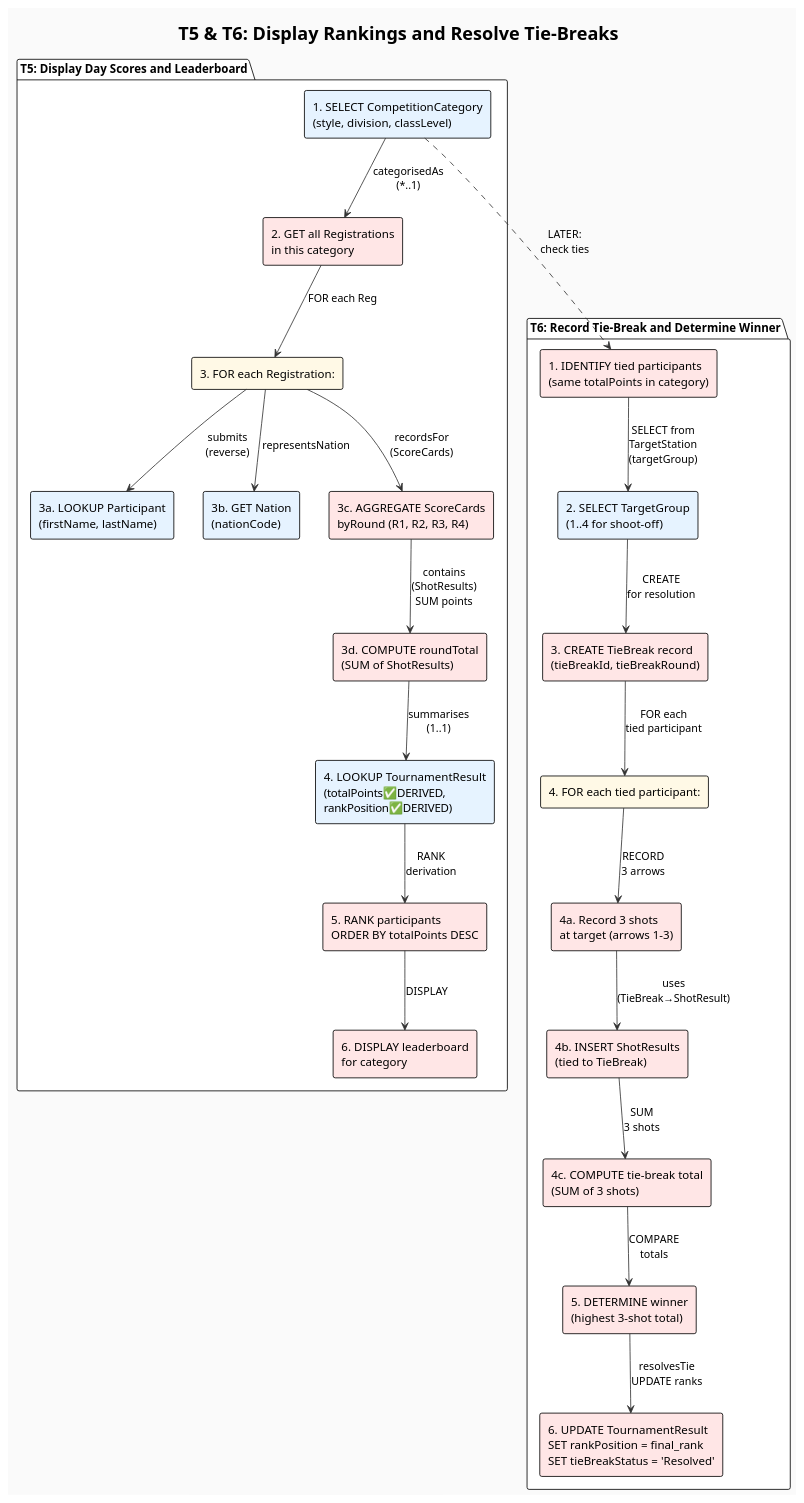
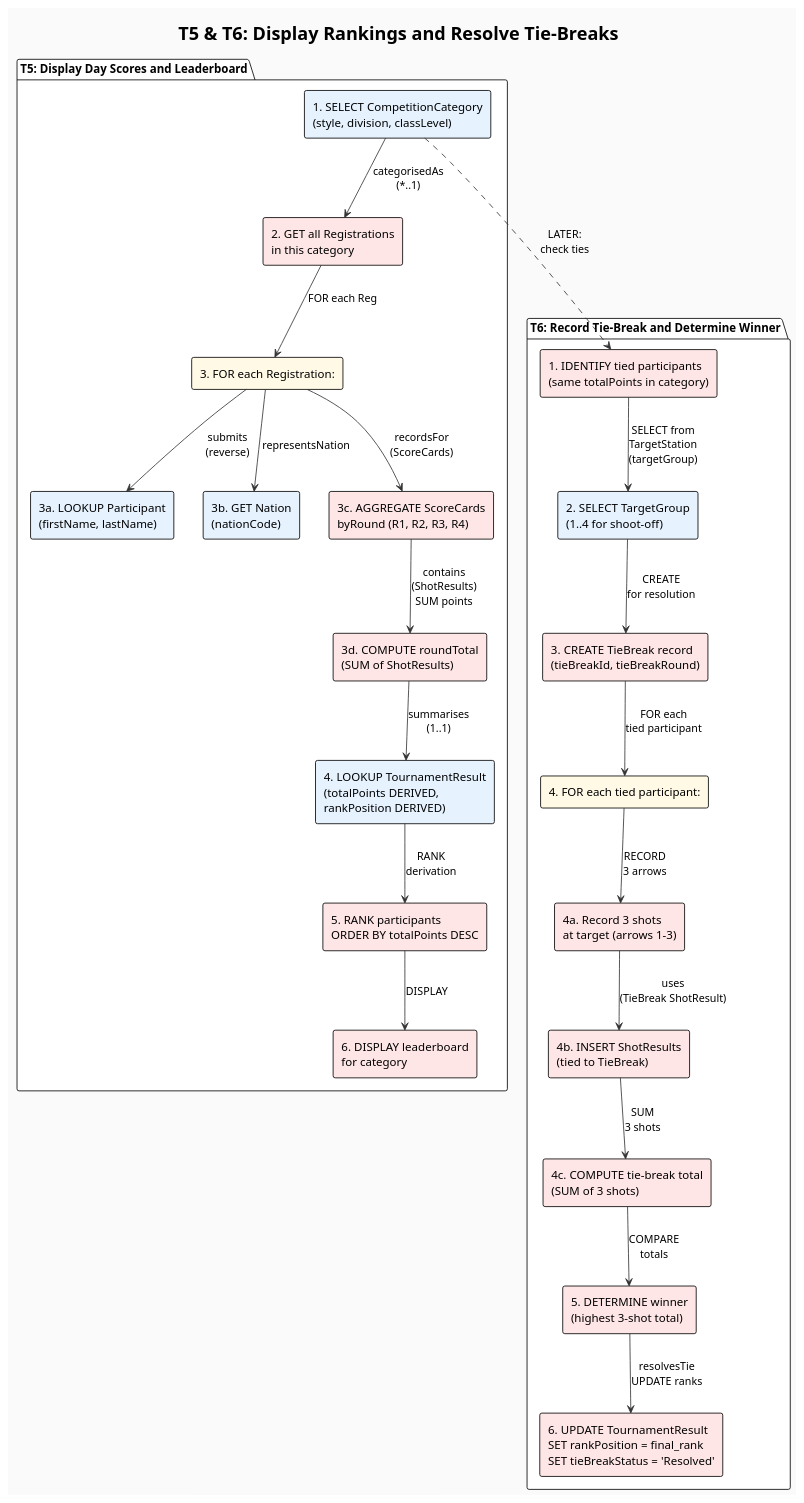
One commit to RuediDynamics/Datenbankmanagment_Project changed the diagram in assignment-02-submission/assets/diagrams/T5_T6_Pathways.puml. Above: the diagram before and after it, drawn with PlantUML. The commit also changed 6 other files, not shown here.

```diff
--- a/assignment-02-submission/assets/diagrams/T5_T6_Pathways.puml
+++ b/assignment-02-submission/assets/diagrams/T5_T6_Pathways.puml
@@ -1,56 +1,56 @@
 @startuml T5_T6_Ranking_TieBreak_Pathways
 !theme plain
 skinparam backgroundColor #FAFAFA
 skinparam arrowColor #333333
 skinparam classBackgroundColor #E8F4F8
 skinparam classBorderColor #0066CC
 
 title T5 & T6: Display Rankings and Resolve Tie-Breaks
 
 package "T5: Display Day Scores and Leaderboard" {
     rectangle "1. SELECT CompetitionCategory\n(style, division, classLevel)" as T5_1 #E6F3FF
     rectangle "2. GET all Registrations\nin this category" as T5_2 #FFE6E6
     rectangle "3. FOR each Registration:" as T5_3 #FFF9E6
     rectangle "3a. LOOKUP Participant\n(firstName, lastName)" as T5_3a #E6F3FF
     rectangle "3b. GET Nation\n(nationCode)" as T5_3b #E6F3FF
     rectangle "3c. AGGREGATE ScoreCards\nbyRound (R1, R2, R3, R4)" as T5_3c #FFE6E6
     rectangle "3d. COMPUTE roundTotal\n(SUM of ShotResults)" as T5_3d #FFE6E6
-    rectangle "4. LOOKUP TournamentResult\n(totalPoints✅DERIVED,\nrankPosition✅DERIVED)" as T5_4 #E6F3FF
+    rectangle "4. LOOKUP TournamentResult\n(totalPoints DERIVED,\nrankPosition DERIVED)" as T5_4 #E6F3FF
     rectangle "5. RANK participants\nORDER BY totalPoints DESC" as T5_5 #FFE6E6
     rectangle "6. DISPLAY leaderboard\nfor category" as T5_6 #FFE6E6
 }
 
 package "T6: Record Tie-Break and Determine Winner" {
     rectangle "1. IDENTIFY tied participants\n(same totalPoints in category)" as T6_1 #FFE6E6
     rectangle "2. SELECT TargetGroup\n(1..4 for shoot-off)" as T6_2 #E6F3FF
     rectangle "3. CREATE TieBreak record\n(tieBreakId, tieBreakRound)" as T6_3 #FFE6E6
     rectangle "4. FOR each tied participant:" as T6_4 #FFF9E6
     rectangle "4a. Record 3 shots\nat target (arrows 1-3)" as T6_4a #FFE6E6
     rectangle "4b. INSERT ShotResults\n(tied to TieBreak)" as T6_4b #FFE6E6
     rectangle "4c. COMPUTE tie-break total\n(SUM of 3 shots)" as T6_4c #FFE6E6
     rectangle "5. DETERMINE winner\n(highest 3-shot total)" as T6_5 #FFE6E6
     rectangle "6. UPDATE TournamentResult\nSET rankPosition = final_rank\nSET tieBreakStatus = 'Resolved'" as T6_6 #FFE6E6
 }
 
 T5_1 --> T5_2 : categorisedAs\n(*..1)
 T5_2 --> T5_3 : FOR each Reg
 T5_3 --> T5_3a : submits\n(reverse)
 T5_3 --> T5_3b : representsNation
 T5_3 --> T5_3c : recordsFor\n(ScoreCards)
 T5_3c --> T5_3d : contains\n(ShotResults)\nSUM points
 T5_3d --> T5_4 : summarises\n(1..1)
 T5_4 --> T5_5 : RANK\nderivation
 T5_5 --> T5_6 : DISPLAY
 
 T5_1 -.-> T6_1 : LATER:\ncheck ties
 T6_1 --> T6_2 : SELECT from\nTargetStation\n(targetGroup)
 T6_2 --> T6_3 : CREATE\nfor resolution
 T6_3 --> T6_4 : FOR each\ntied participant
 T6_4 --> T6_4a : RECORD\n3 arrows
-T6_4a --> T6_4b : uses\n(TieBreak→ShotResult)
+T6_4a --> T6_4b : uses\n(TieBreak ShotResult)
 T6_4b --> T6_4c : SUM\n3 shots
 T6_4c --> T6_5 : COMPARE\ntotals
 T6_5 --> T6_6 : resolvesTie\nUPDATE ranks
 
 
 @enduml
```
